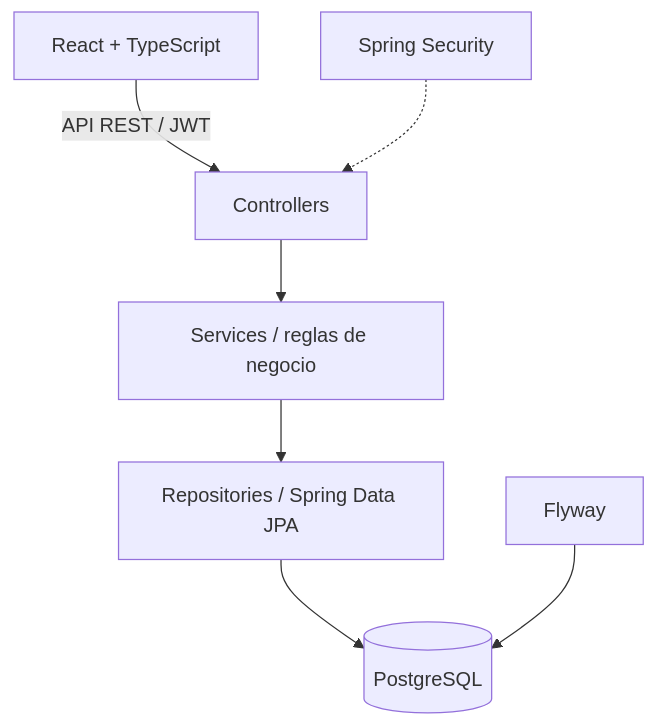
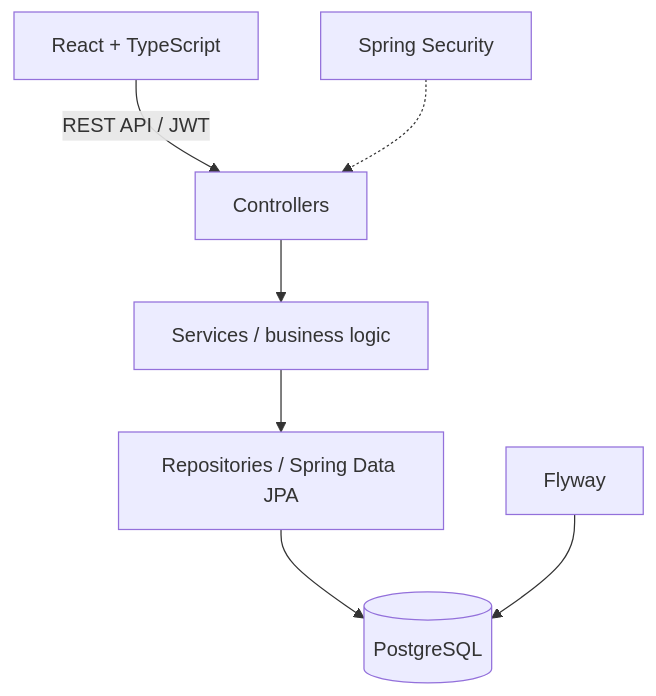
Before and after one commit to francoamarilla/Acopio: the diagram in README.md, drawn with Mermaid. The commit also changed other lines of this file and 8 other files, not shown here.

````diff
--- a/README.md
+++ b/README.md
@@ -23,9 +23,9 @@
 ```mermaid
 flowchart TD
-    F[React + TypeScript] -->|API REST / JWT| C[Controllers]
+    F[React + TypeScript] -->|REST API / JWT| C[Controllers]
     S[Spring Security] -.-> C
-    C --> B[Services / reglas de negocio]
+    C --> B[Services / business logic]
     B --> R[Repositories / Spring Data JPA]
     R --> D[(PostgreSQL)]
     M[Flyway] --> D
 ```
````
